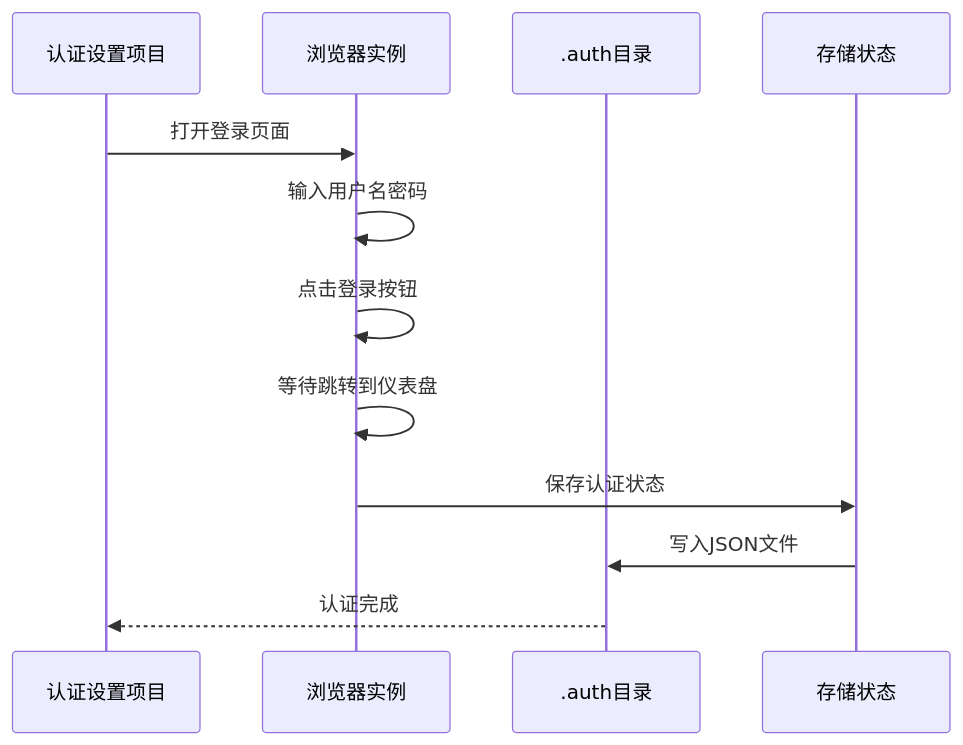
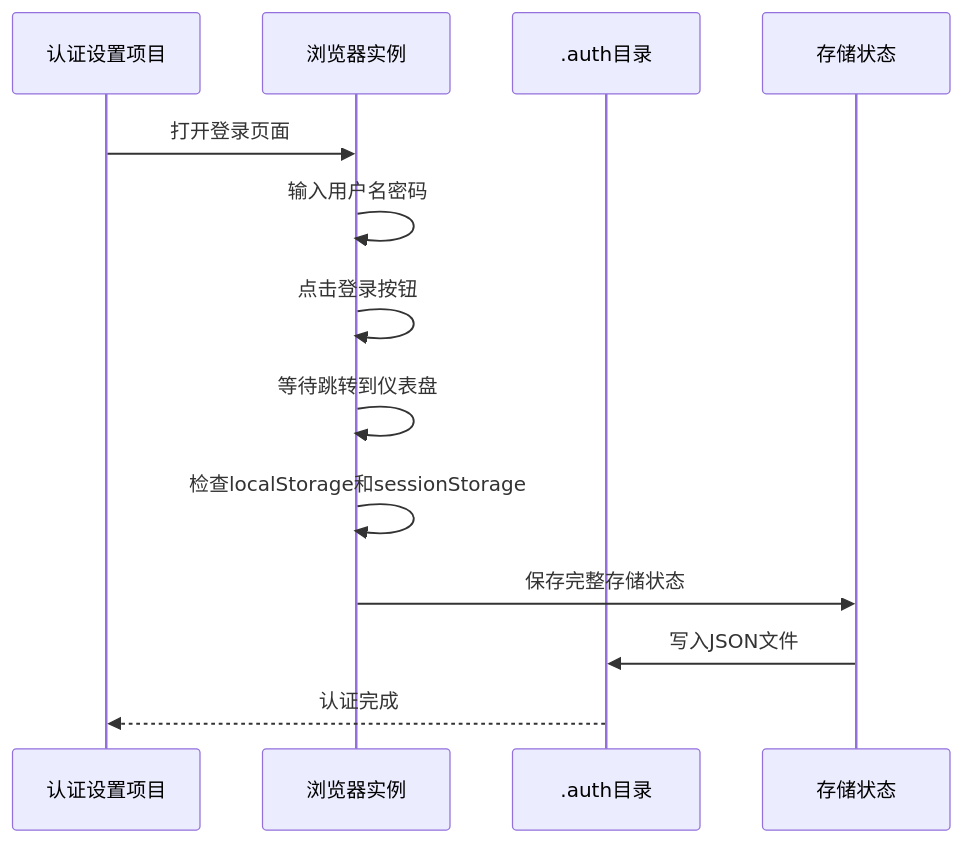
Before and after one commit to zzgoviziwind/--playwright: the sixth of 16 diagrams in .qoder/repowiki/zh/content/测试框架配置/Playwright配置详解.md, drawn with Mermaid. The commit also changed other lines of this file and 112 other files, not shown here.

````diff
--- a/.qoder/repowiki/zh/content/测试框架配置/Playwright配置详解.md
+++ b/.qoder/repowiki/zh/content/测试框架配置/Playwright配置详解.md
@@ -249,14 +265,15 @@
 ```mermaid
 sequenceDiagram
 participant Setup as 认证设置项目
 participant Browser as 浏览器实例
 participant AuthDir as .auth目录
 participant Storage as 存储状态
 Setup->>Browser : 打开登录页面
 Browser->>Browser : 输入用户名密码
 Browser->>Browser : 点击登录按钮
 Browser->>Browser : 等待跳转到仪表盘
-Browser->>Storage : 保存认证状态
+Browser->>Browser : 检查localStorage和sessionStorage
+Browser->>Storage : 保存完整存储状态
 Storage->>AuthDir : 写入JSON文件
 AuthDir-->>Setup : 认证完成
 ```
````
